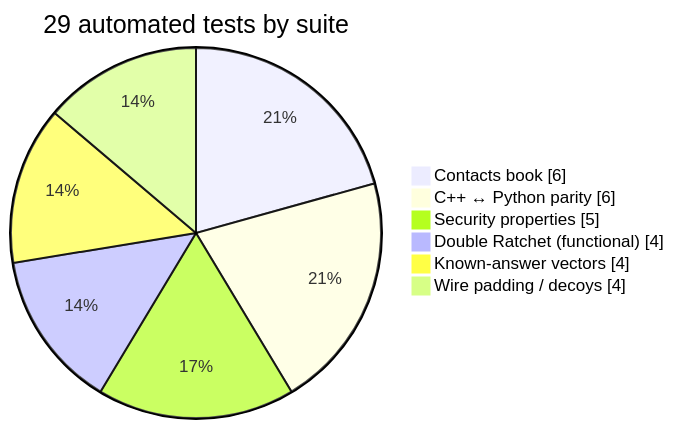
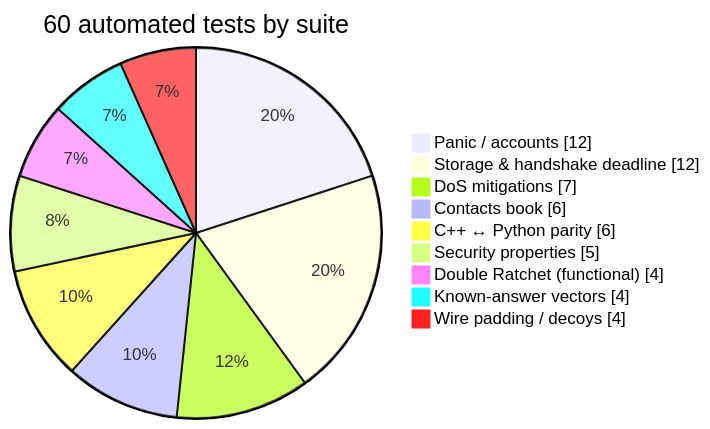
One commit to Debajit753/nullkey changed the first of 3 diagrams in docs/TESTING.md. Above: the diagram before and after it, drawn with Mermaid. The commit also changed other lines of this file and 10 other files, not shown here.

````diff
--- a/docs/TESTING.md
+++ b/docs/TESTING.md
@@ -22,10 +22,13 @@
 ```mermaid
 pie showData
-    title 29 automated tests by suite
+    title 60 automated tests by suite
+    "Panic / accounts" : 12
+    "Storage & handshake deadline" : 12
+    "DoS mitigations" : 7
     "Contacts book" : 6
     "C++ ↔ Python parity" : 6
     "Security properties" : 5
     "Double Ratchet (functional)" : 4
     "Known-answer vectors" : 4
     "Wire padding / decoys" : 4
 ```
````
